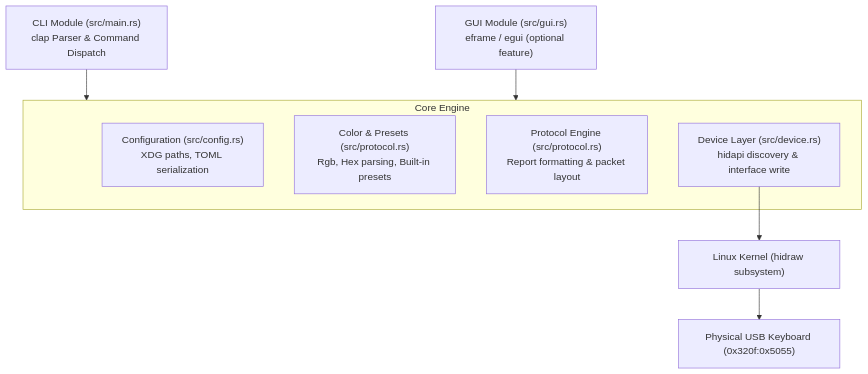
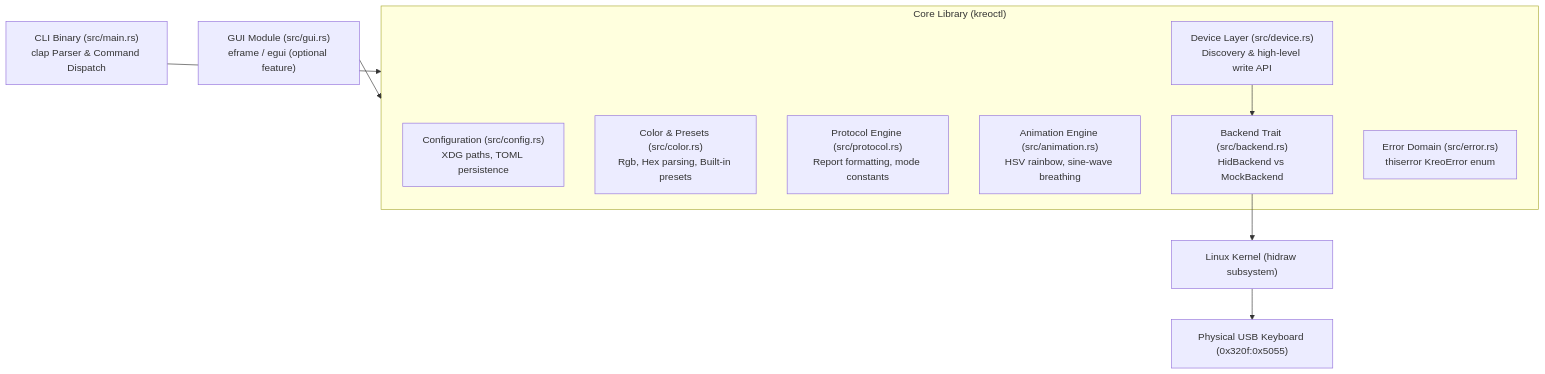
Before and after one commit to myaumyauverse/kreoctl: the first of 2 diagrams in docs/ARCHITECTURE.md, drawn with Mermaid. The commit also changed other lines of this file and 2 other files, not shown here.

First line of the commit message:
docs: update system architecture, hardware protocol specs, and user guide

````diff
--- a/docs/ARCHITECTURE.md
+++ b/docs/ARCHITECTURE.md
@@ -11,15 +11,19 @@
 ```mermaid
 graph TD
-    CLI["CLI Module (src/main.rs)<br/>clap Parser & Command Dispatch"] --> CoreLib["Core Engine"]
+    CLI["CLI Binary (src/main.rs)<br/>clap Parser & Command Dispatch"] --> CoreLib["Core Library (src/lib.rs)"]
     GUI["GUI Module (src/gui.rs)<br/>eframe / egui (optional feature)"] --> CoreLib
 
-    subgraph CoreLib ["Core Engine"]
-        Config["Configuration (src/config.rs)<br/>XDG paths, TOML serialization"]
-        Color["Color & Presets (src/protocol.rs)<br/>Rgb, Hex parsing, Built-in presets"]
-        Protocol["Protocol Engine (src/protocol.rs)<br/>Report formatting & packet layout"]
-        Device["Device Layer (src/device.rs)<br/>hidapi discovery & interface write"]
+    subgraph CoreLib ["Core Library (kreoctl)"]
+        Config["Configuration (src/config.rs)<br/>XDG paths, TOML persistence"]
+        Color["Color & Presets (src/color.rs)<br/>Rgb, Hex parsing, Built-in presets"]
+        Protocol["Protocol Engine (src/protocol.rs)<br/>Report formatting, mode constants"]
+        Animation["Animation Engine (src/animation.rs)<br/>HSV rainbow, sine-wave breathing"]
+        Device["Device Layer (src/device.rs)<br/>Discovery & high-level write API"]
+        Backend["Backend Trait (src/backend.rs)<br/>HidBackend vs MockBackend"]
+        Error["Error Domain (src/error.rs)<br/>thiserror KreoError enum"]
     end
 
-    Device --> Kernel["Linux Kernel (hidraw subsystem)"]
+    Device --> Backend
+    Backend --> Kernel["Linux Kernel (hidraw subsystem)"]
     Kernel --> Hardware["Physical USB Keyboard (0x320f:0x5055)"]
 ```
````
